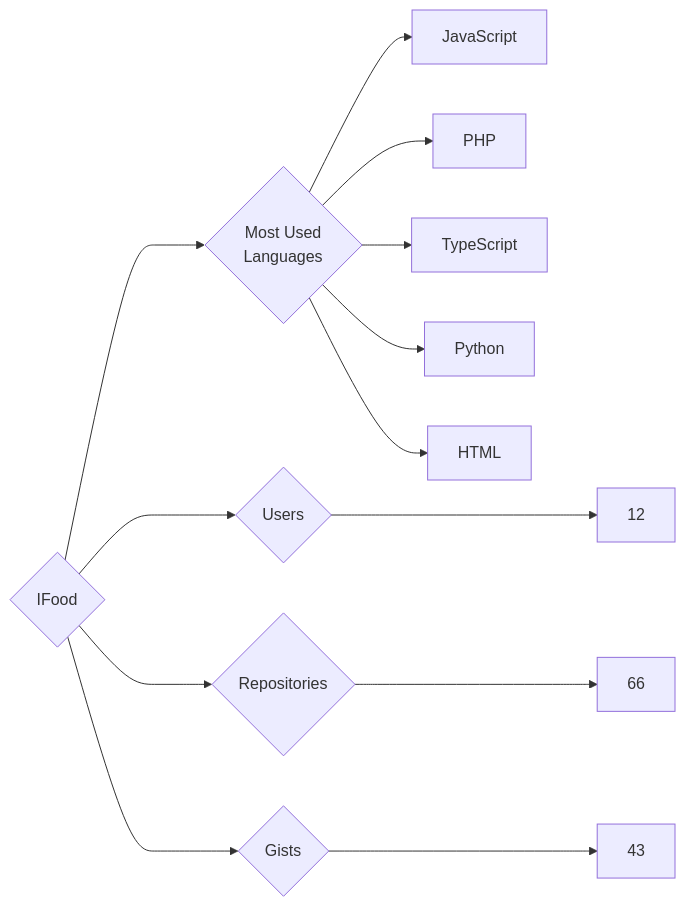
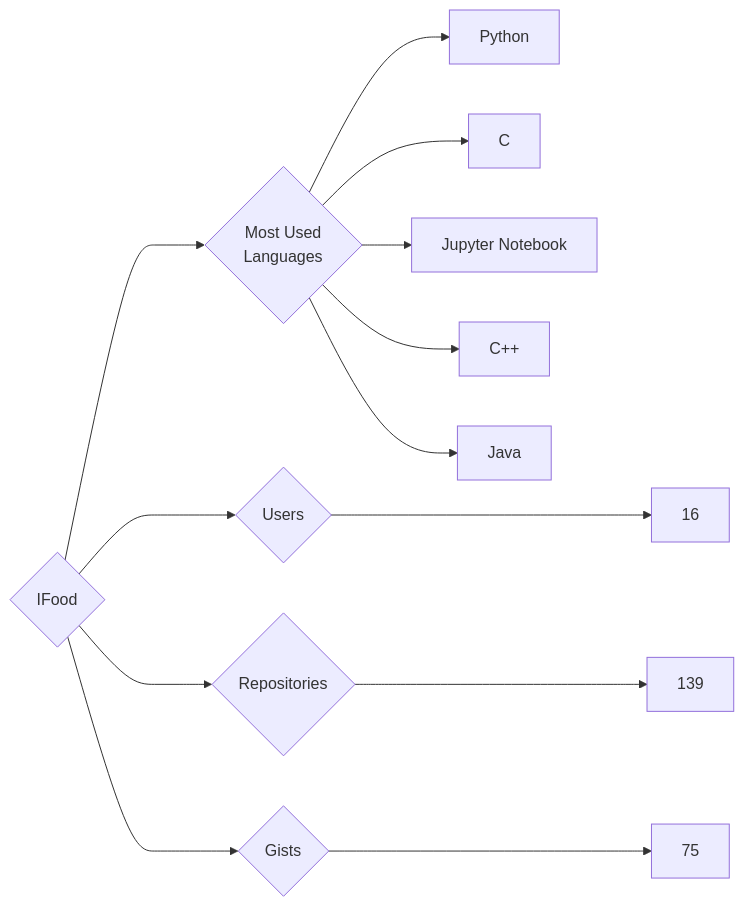
The diagram in targets/IFood/README.md (trickest/insiders), drawn with Mermaid before and after one commit. The commit also changed 1148 other files, not shown here.

````diff
--- a/targets/IFood/README.md
+++ b/targets/IFood/README.md
@@ -3,13 +3,13 @@
 ```mermaid
 graph LR
 COMPANY_NAME{IFood}
-COMPANY_NAME ---> U{Users} ---> UN[12]
-COMPANY_NAME ---> R{Repositories} ---> RN[66]
-COMPANY_NAME ---> G{Gists} ---> GN[43]
+COMPANY_NAME ---> U{Users} ---> UN[16]
+COMPANY_NAME ---> R{Repositories} ---> RN[139]
+COMPANY_NAME ---> G{Gists} ---> GN[75]
 COMPANY_NAME ---> ML{Most Used<br>Languages}
-ML --> JavaScript[JavaScript]
-ML --> PHP[PHP]
-ML --> TypeScript[TypeScript]
 ML --> Python[Python]
-ML --> HTML[HTML]
+ML --> C[C]
+ML --> Jupyter_Notebook[Jupyter Notebook]
+ML --> C++[C++]
+ML --> Java[Java]
 ```
````
